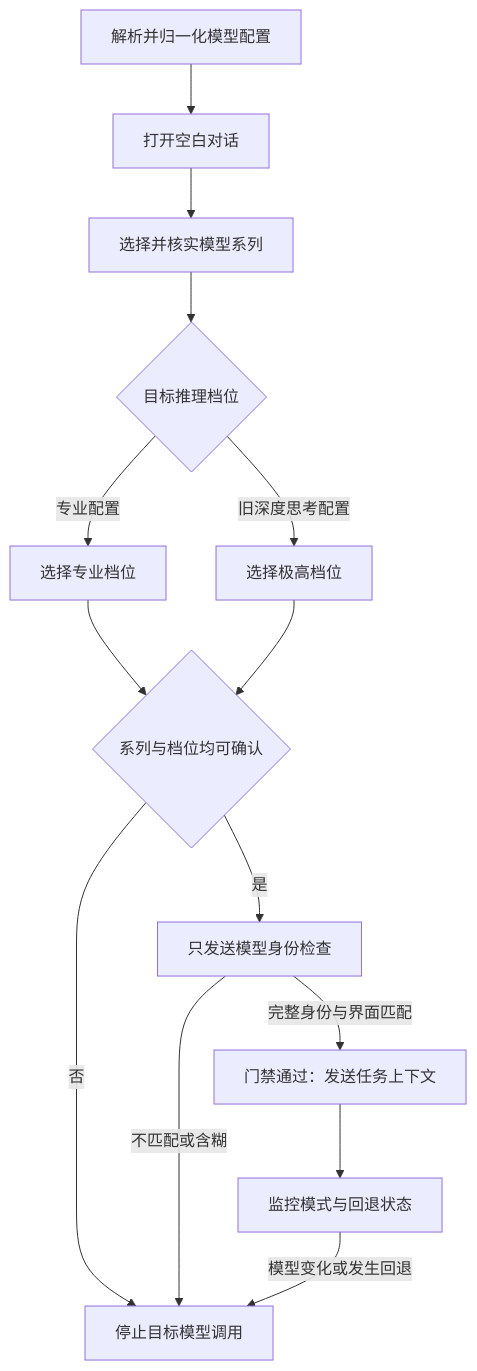
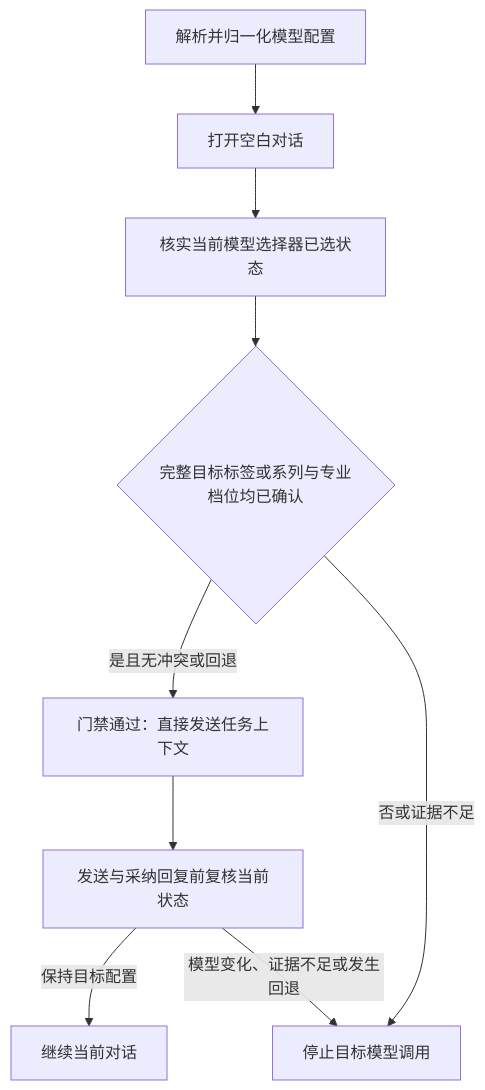
One commit to jay6697117/gpt-thinking-pro-collab-skill changed the diagram in README.md. Above: the diagram before and after it, drawn with Mermaid. The commit also changed other lines of this file and 6 other files, not shown here.

````diff
--- a/README.md
+++ b/README.md
@@ -130,16 +128,11 @@
 ```mermaid
 flowchart TD
     CONFIG["解析并归一化模型配置"] --> CHAT["打开空白对话"]
-    CHAT --> FAMILY["选择并核实模型系列"]
-    FAMILY --> PROFILE{"目标推理档位"}
-    PROFILE -->|"专业配置"| PRO["选择专业档位"]
-    PROFILE -->|"旧深度思考配置"| THINKING["选择极高档位"]
-    PRO --> READY{"系列与档位均可确认"}
-    THINKING --> READY
-    READY -->|"是"| ASK["只发送模型身份检查"]
-    READY -->|"否"| FAIL["停止目标模型调用"]
-    ASK -->|"完整身份与界面匹配"| PASS["门禁通过：发送任务上下文"]
-    ASK -->|"不匹配或含糊"| FAIL
-    PASS --> WATCH["监控模式与回退状态"]
-    WATCH -->|"模型变化或发生回退"| FAIL
+    CHAT --> SELECT["核实当前模型选择器已选状态"]
+    SELECT --> READY{"完整目标标签或系列与专业档位均已确认"}
+    READY -->|"是且无冲突或回退"| PASS["门禁通过：直接发送任务上下文"]
+    READY -->|"否或证据不足"| FAIL["停止目标模型调用"]
+    PASS --> WATCH["发送与采纳回复前复核当前状态"]
+    WATCH -->|"保持目标配置"| CONTINUE["继续当前对话"]
+    WATCH -->|"模型变化、证据不足或发生回退"| FAIL
 ```
````
